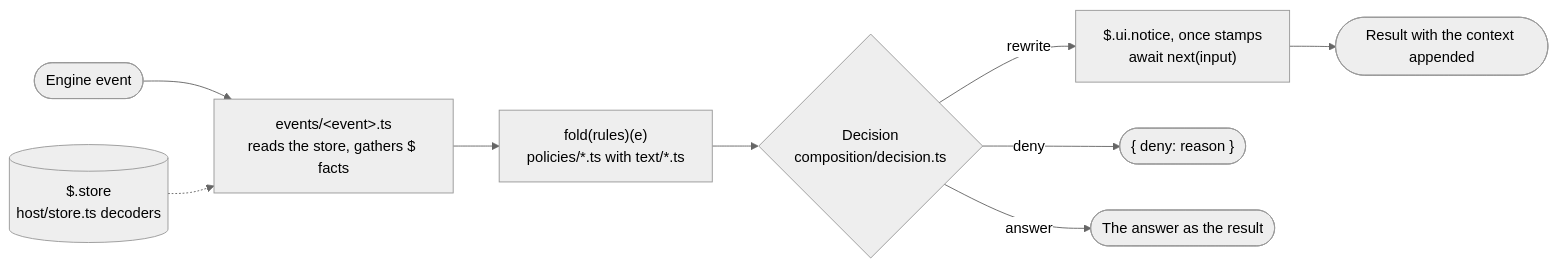
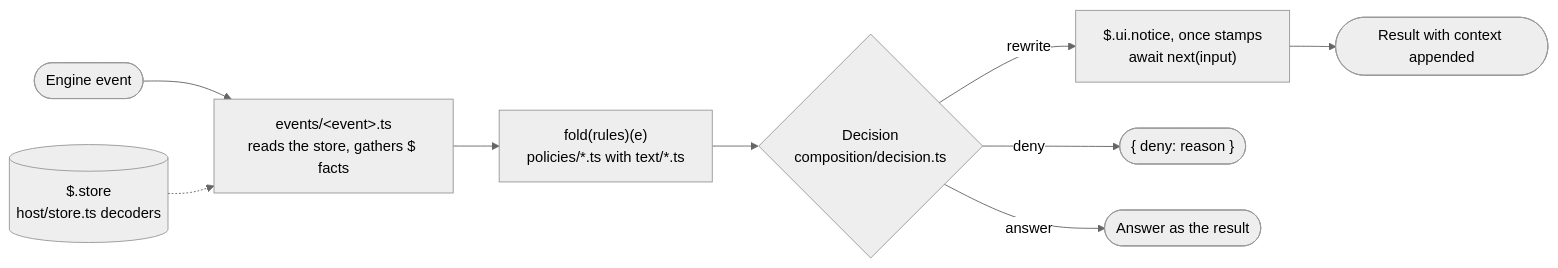
One commit to bsamiee/Rasm changed the diagram in .claude/plugins/function-hooks/README.md. Above: the diagram before and after it, drawn with Mermaid (neutral theme). The commit also changed other lines of this file and 157 other files, not shown here.

````diff
--- a/.claude/plugins/function-hooks/README.md
+++ b/.claude/plugins/function-hooks/README.md
@@ -52,11 +51,11 @@
 ```mermaid
 flowchart LR
     event([Engine event]) --> adapter["events/&lt;event&gt;.ts<br>reads the store, gathers $ facts"]
     store[("$.store<br>host/store.ts decoders")] -.-> adapter
     adapter --> fold["fold(rules)(e)<br>policies/*.ts with text/*.ts"]
     fold --> decision{"Decision<br>composition/decision.ts"}
     decision -->|rewrite| next["$.ui.notice, once stamps<br>await next(input)"]
-    next --> result([Result with the context appended])
+    next --> result([Result with context appended])
     decision -->|deny| deny(["{ deny: reason }"])
-    decision -->|answer| answer([The answer as the result])
+    decision -->|answer| answer([Answer as the result])
 ```
````
